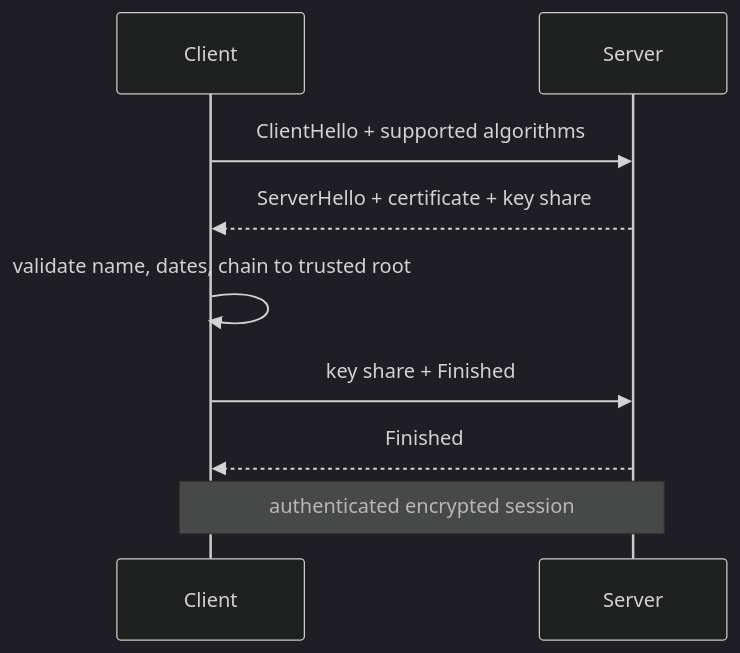
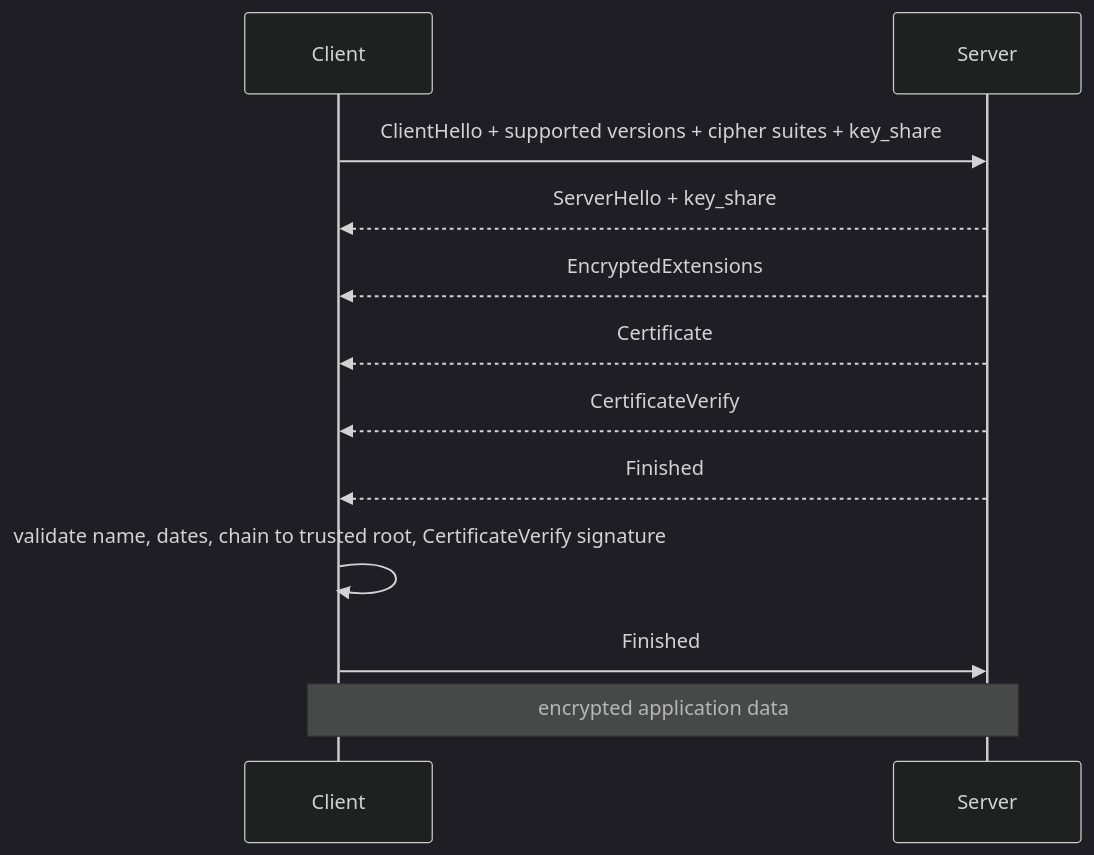
One commit to sanketn26/learn-security changed the diagram in docs/modules/06-cryptography.md. Above: the diagram before and after it, drawn with Mermaid (dark theme). The commit also changed other lines of this file and 26 other files, not shown here.

````diff
--- a/docs/modules/06-cryptography.md
+++ b/docs/modules/06-cryptography.md
@@ -41,9 +41,12 @@
 ```mermaid
 sequenceDiagram
-  Client->>Server: ClientHello + supported algorithms
-  Server-->>Client: ServerHello + certificate + key share
-  Client->>Client: validate name, dates, chain to trusted root
-  Client->>Server: key share + Finished
+  Client->>Server: ClientHello + supported versions + cipher suites + key_share
+  Server-->>Client: ServerHello + key_share
+  Server-->>Client: EncryptedExtensions
+  Server-->>Client: Certificate
+  Server-->>Client: CertificateVerify
   Server-->>Client: Finished
-  Note over Client,Server: authenticated encrypted session
+  Client->>Client: validate name, dates, chain to trusted root, CertificateVerify signature
+  Client->>Server: Finished
+  Note over Client,Server: encrypted application data
 ```
````
